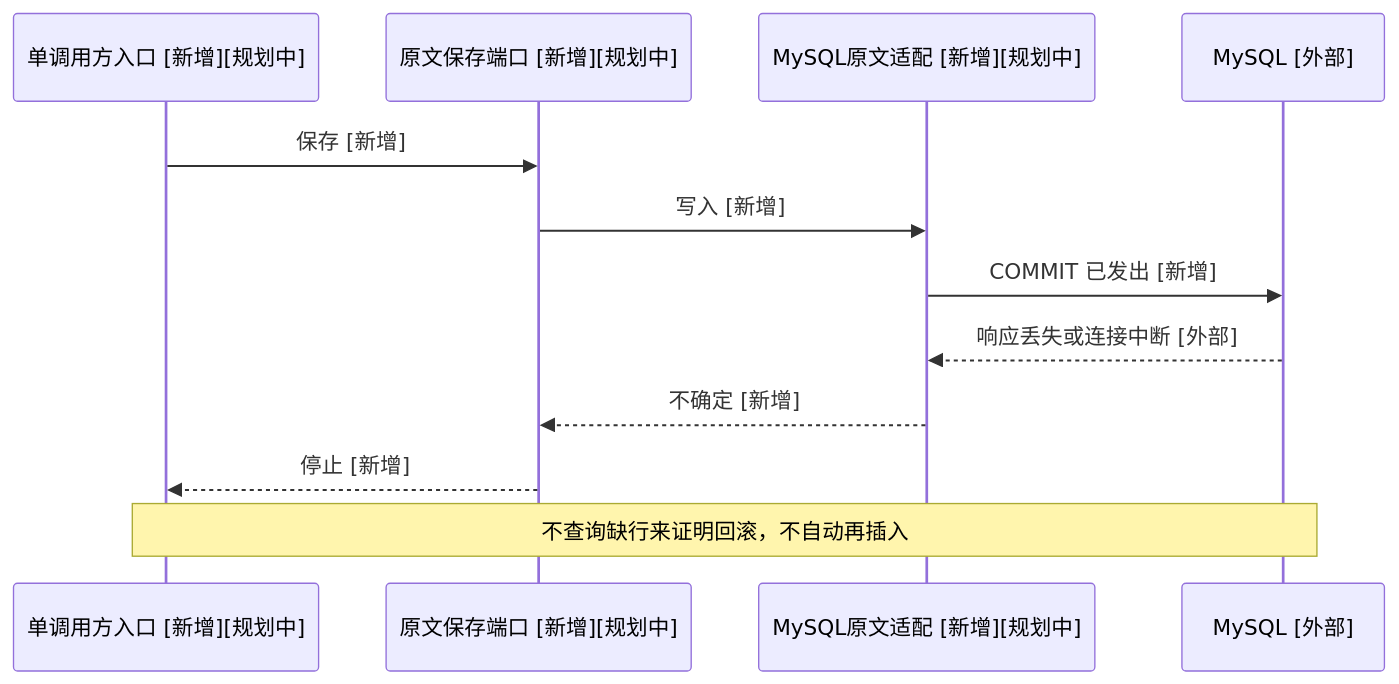
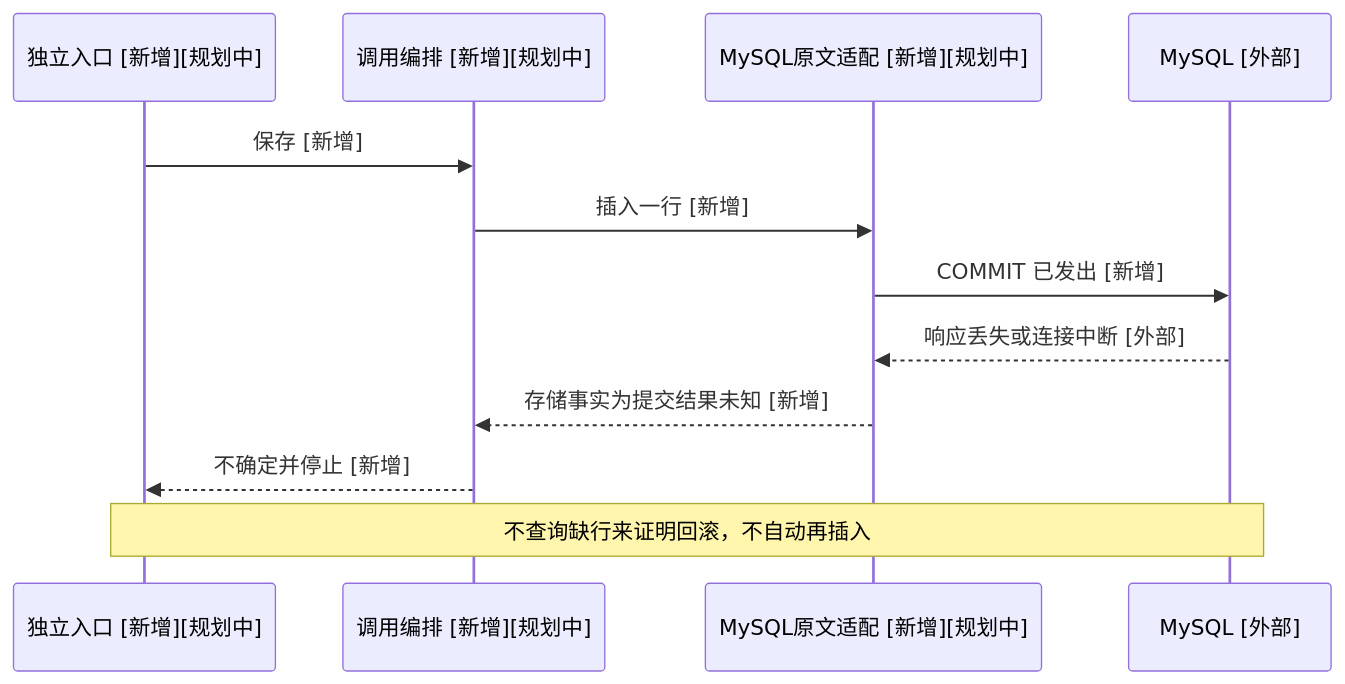
The fifth of 5 diagrams in docs/development/SC-1-正式原文保存最小实施授权草案.md (david606/mtx-data-platform), drawn with Mermaid before and after one commit. The commit also changed other lines of this file, not shown here.

````diff
--- a/docs/development/SC-1-正式原文保存最小实施授权草案.md
+++ b/docs/development/SC-1-正式原文保存最小实施授权草案.md
@@ -241,14 +271,14 @@
 ```mermaid
 sequenceDiagram
-    participant Caller as 单调用方入口 [新增][规划中]
-    participant Port as 原文保存端口 [新增][规划中]
-    participant Adapt as MySQL原文适配 [新增][规划中]
+    participant Entry as 独立入口 [新增][规划中]
+    participant Orch as 调用编排 [新增][规划中]
+    participant Store as MySQL原文适配 [新增][规划中]
     participant DB as MySQL [外部]
-    Caller->>Port: 保存 [新增]
-    Port->>Adapt: 写入 [新增]
-    Adapt->>DB: COMMIT 已发出 [新增]
-    DB-->>Adapt: 响应丢失或连接中断 [外部]
-    Adapt-->>Port: 不确定 [新增]
-    Port-->>Caller: 停止 [新增]
-    Note over Caller,DB: 不查询缺行来证明回滚，不自动再插入
+    Entry->>Orch: 保存 [新增]
+    Orch->>Store: 插入一行 [新增]
+    Store->>DB: COMMIT 已发出 [新增]
+    DB-->>Store: 响应丢失或连接中断 [外部]
+    Store-->>Orch: 存储事实为提交结果未知 [新增]
+    Orch-->>Entry: 不确定并停止 [新增]
+    Note over Entry,DB: 不查询缺行来证明回滚，不自动再插入
 ```
````
